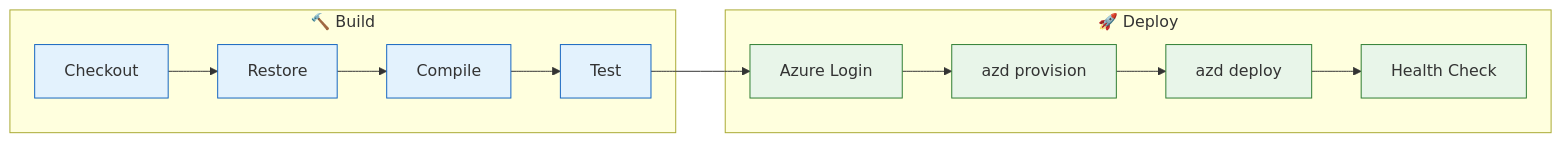
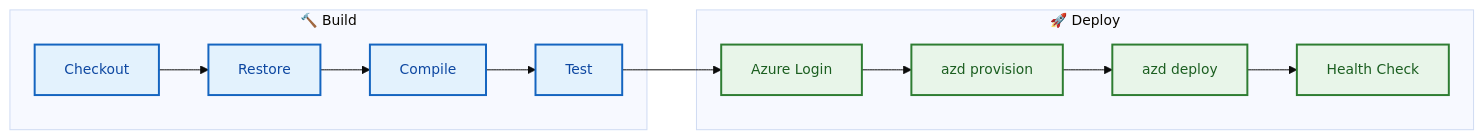
One commit to Evilazaro/Azure-LogicApps-Monitoring changed the fourth of 4 diagrams in docs/architecture/07-deployment-architecture.md. Above: the diagram before and after it, drawn with Mermaid. The commit also changed other lines of this file, not shown here.

Commit message:
Enhance deployment architecture documentation with improved Mermaid diagram styles and accessibility features

````diff
--- a/docs/architecture/07-deployment-architecture.md
+++ b/docs/architecture/07-deployment-architecture.md
@@ -464,30 +481,32 @@
 ```mermaid
+%%{init: {'theme': 'base', 'themeVariables': { 'fontSize': '14px'}}}%%
 flowchart LR
     subgraph Build["🔨 Build"]
         Checkout["Checkout"]
         Restore["Restore"]
         Compile["Compile"]
         Test["Test"]
     end
 
     subgraph Deploy["🚀 Deploy"]
         Login["Azure Login"]
         Provision["azd provision"]
         DeployApp["azd deploy"]
         Verify["Health Check"]
     end
 
     Checkout --> Restore
     Restore --> Compile
     Compile --> Test
     Test --> Login
     Login --> Provision
     Provision --> DeployApp
     DeployApp --> Verify
 
-    classDef build fill:#e3f2fd,stroke:#1565c0
-    classDef deploy fill:#e8f5e9,stroke:#2e7d32
+    %% Accessible color palette for pipeline stages
+    classDef build fill:#e3f2fd,stroke:#1565c0,stroke-width:2px,color:#0d47a1
+    classDef deploy fill:#e8f5e9,stroke:#2e7d32,stroke-width:2px,color:#1b5e20
 
     class Checkout,Restore,Compile,Test build
     class Login,Provision,DeployApp,Verify deploy
 ```
````
